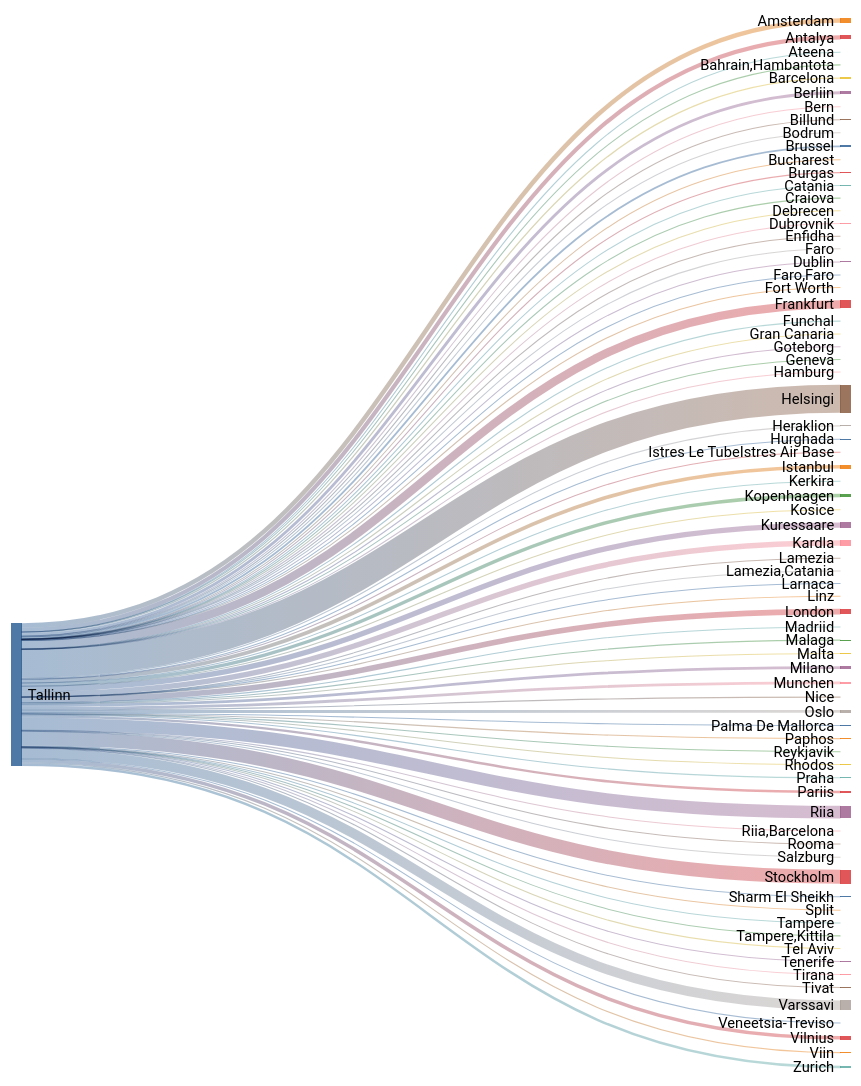
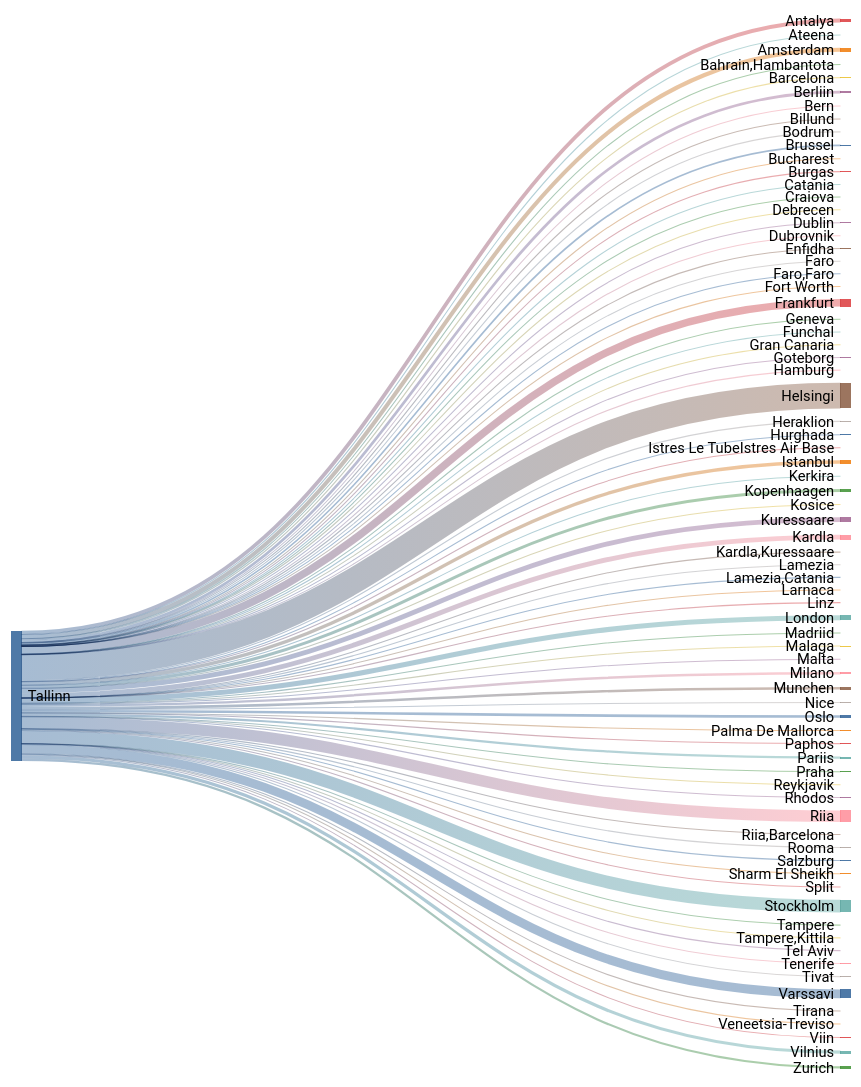
One commit to rainermesi/tll-airport-departures changed the second of 2 diagrams in README.md. Above: the diagram before and after it, drawn with Mermaid (forest theme). The commit also changed other lines of this file and 1 other file, not shown here.

````diff
--- a/README.md
+++ b/README.md
@@ -41,18 +41,18 @@
 ---
 sankey-beta
 %% source,target,value
-Tallinn,Amsterdam,435
-Tallinn,Antalya,403
+Tallinn,Amsterdam,437
+Tallinn,Antalya,404
 Tallinn,Ateena,16
 Tallinn,"Bahrain,Hambantota",1
 Tallinn,Barcelona,121
-Tallinn,Berliin,278
+Tallinn,Berliin,280
 Tallinn,Bern,1
 Tallinn,Billund,70
 Tallinn,Bodrum,11
-Tallinn,Brussel,173
+Tallinn,Brussel,174
 Tallinn,Bucharest,1
-Tallinn,Burgas,48
+Tallinn,Burgas,49
 Tallinn,Catania,2
 Tallinn,Craiova,1
 Tallinn,Debrecen,1
@@ -62,58 +62,59 @@
 Tallinn,Faro,4
 Tallinn,"Faro,Faro",1
 Tallinn,Fort Worth,1
-Tallinn,Frankfurt,807
+Tallinn,Frankfurt,810
 Tallinn,Funchal,5
 Tallinn,Geneva,13
 Tallinn,Gran Canaria,38
 Tallinn,Goteborg,2
 Tallinn,Hamburg,2
-Tallinn,Helsingi,2737
+Tallinn,Helsingi,2747
 Tallinn,Heraklion,86
 Tallinn,Hurghada,75
-Tallinn,Istanbul,358
+Tallinn,Istanbul,359
 Tallinn,Istres Le TubeIstres Air Base,2
 Tallinn,Kerkira,4
 Tallinn,Kopenhaagen,328
 Tallinn,Kosice,1
-Tallinn,Kuressaare,521
-Tallinn,Kardla,522
+Tallinn,Kuressaare,522
+Tallinn,Kardla,523
+Tallinn,"Kardla,Kuressaare",1
 Tallinn,Lamezia,1
 Tallinn,"Lamezia,Catania",3
 Tallinn,Larnaca,4
 Tallinn,Linz,2
-Tallinn,London,540
+Tallinn,London,542
 Tallinn,Madriid,2
 Tallinn,Malaga,109
 Tallinn,Malta,25
 Tallinn,Milano,265
-Tallinn,Munchen,270
+Tallinn,Munchen,272
 Tallinn,Nice,45
-Tallinn,Oslo,279
+Tallinn,Oslo,280
 Tallinn,Palma De Mallorca,29
 Tallinn,Paphos,66
-Tallinn,Pariis,233
-Tallinn,Praha,75
+Tallinn,Pariis,235
+Tallinn,Praha,76
 Tallinn,Reykjavik,13
-Tallinn,Rhodos,52
-Tallinn,Riia,1228
+Tallinn,Rhodos,53
+Tallinn,Riia,1232
 Tallinn,"Riia,Barcelona",1
 Tallinn,Rooma,80
 Tallinn,Salzburg,14
 Tallinn,Sharm El Sheikh,100
-Tallinn,Split,45
-Tallinn,Stockholm,1350
+Tallinn,Split,46
+Tallinn,Stockholm,1354
 Tallinn,Tampere,17
 Tallinn,"Tampere,Kittila",21
 Tallinn,Tel Aviv,2
 Tallinn,Tenerife,58
-Tallinn,Tirana,26
+Tallinn,Tirana,27
 Tallinn,Tivat,56
-Tallinn,Varssavi,942
+Tallinn,Varssavi,946
 Tallinn,Veneetsia-Treviso,67
 Tallinn,Viin,106
-Tallinn,Vilnius,340
-Tallinn,Zurich,239
+Tallinn,Vilnius,341
+Tallinn,Zurich,240
 
 
 ```
````
